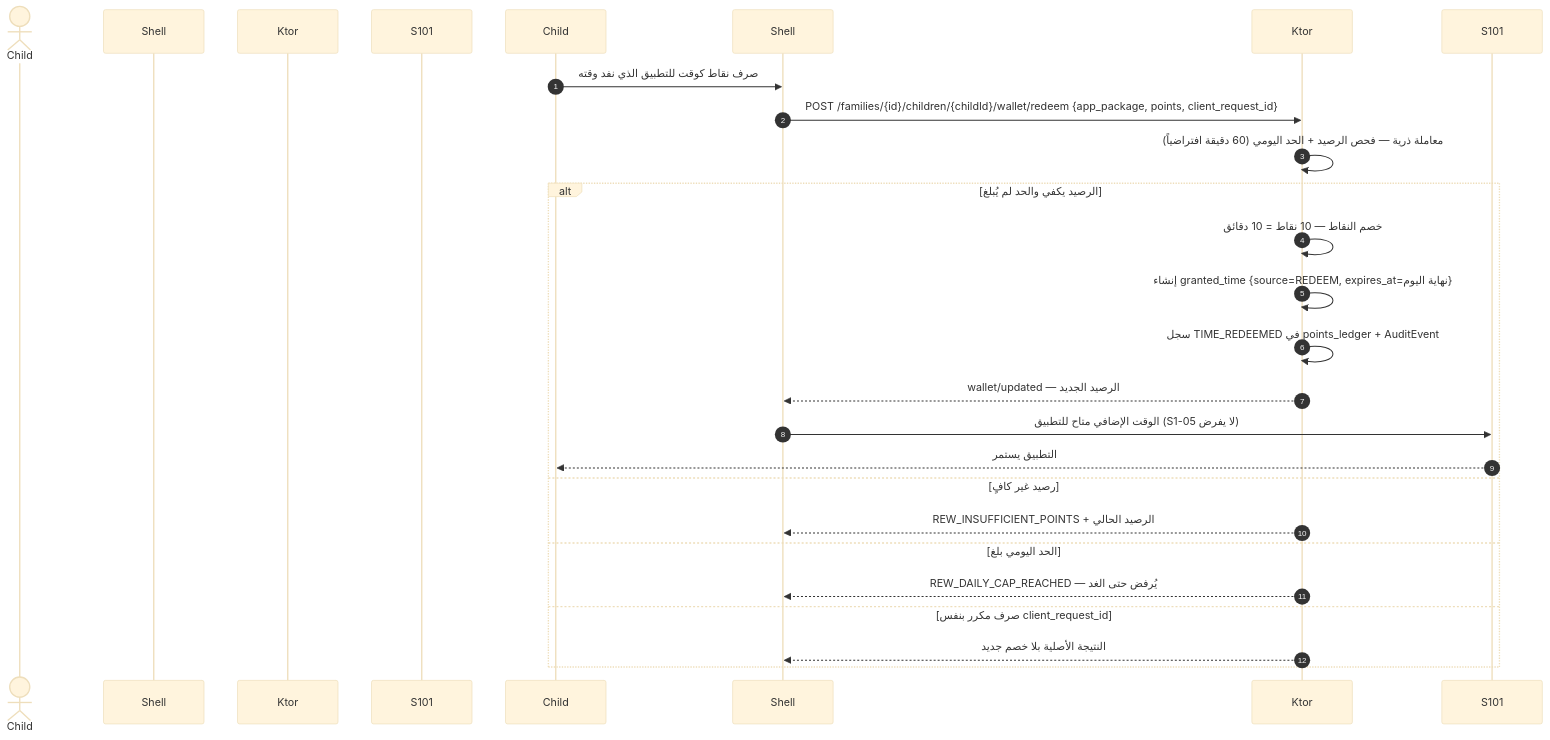
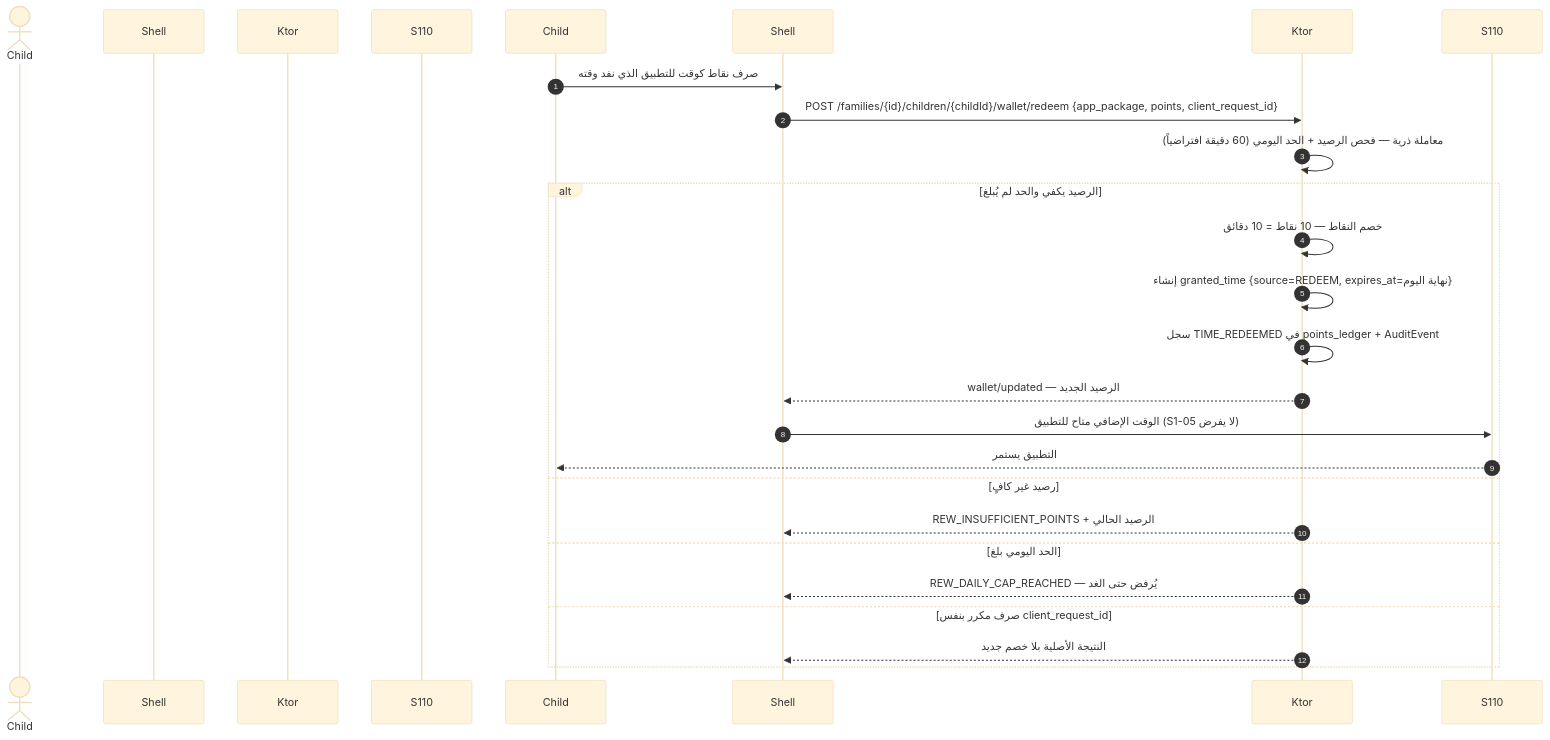
The fourth of 11 diagrams in docs/family-os/governance/phases/phase-1/S1-05-rewards-children/DIAGRAMS.md (Bassam-mohammed-alqaeadi/family-os-v2), drawn with Mermaid (base theme) before and after one commit. The commit also changed other lines of this file and 11 other files, not shown here.

````diff
--- a/docs/family-os/governance/phases/phase-1/S1-05-rewards-children/DIAGRAMS.md
+++ b/docs/family-os/governance/phases/phase-1/S1-05-rewards-children/DIAGRAMS.md
@@ -196,25 +196,25 @@
 ```mermaid
 sequenceDiagram
     autonumber
     actor الطفل as Child
     participant الغلاف as Shell
     participant الخادم as Ktor
-    participant الفرض as S101
+    participant الفرض as S110
     Child->>Shell: صرف نقاط كوقت للتطبيق الذي نفد وقته
     Shell->>Ktor: POST /families/{id}/children/{childId}/wallet/redeem {app_package, points, client_request_id}
     Ktor->>Ktor: معاملة ذرية — فحص الرصيد + الحد اليومي (60 دقيقة افتراضياً)
     alt الرصيد يكفي والحد لم يُبلغ
         Ktor->>Ktor: خصم النقاط — 10 نقاط = 10 دقائق
         Ktor->>Ktor: إنشاء granted_time {source=REDEEM, expires_at=نهاية اليوم}
         Ktor->>Ktor: سجل TIME_REDEEMED في points_ledger + AuditEvent
         Ktor-->>Shell: wallet/updated — الرصيد الجديد
-        Shell->>S101: الوقت الإضافي متاح للتطبيق (S1-05 لا يفرض)
-        S101-->>Child: التطبيق يستمر
+        Shell->>S110: الوقت الإضافي متاح للتطبيق (S1-05 لا يفرض)
+        S110-->>Child: التطبيق يستمر
     else رصيد غير كافٍ
         Ktor-->>Shell: REW_INSUFFICIENT_POINTS + الرصيد الحالي
     else الحد اليومي بلغ
         Ktor-->>Shell: REW_DAILY_CAP_REACHED — يُرفض حتى الغد
     else صرف مكرر بنفس client_request_id
         Ktor-->>Shell: النتيجة الأصلية بلا خصم جديد
     end
 ```
````
